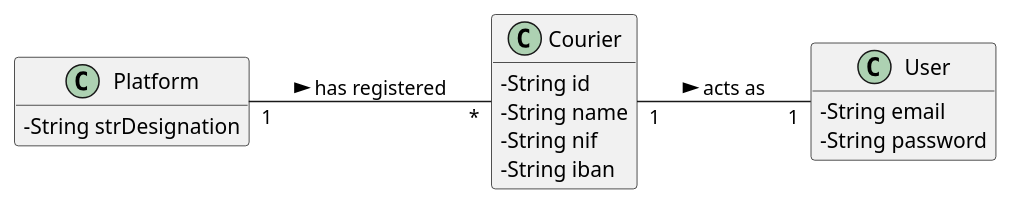
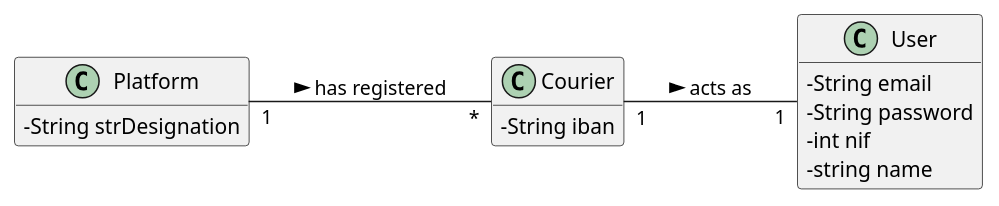
The diagram in docs/Iteration 1/Courier Management/US19_RegisterCourier/US19_DM.puml (tiagoavcosta25/LAPR3), drawn with PlantUML before and after one commit. The commit also changed 3 other files, not shown here.

```diff
--- a/docs/Iteration 1/Courier Management/US19_RegisterCourier/US19_DM.puml
+++ b/docs/Iteration 1/Courier Management/US19_RegisterCourier/US19_DM.puml
@@ -1,26 +1,24 @@
 @startuml
 skinparam classAttributeIconSize 0
 hide methods
 left to right direction
 
 class Platform {
   -String strDesignation
 }
 
 class Courier {
-      -String id
-      -String name
-      -String nif
       -String iban
 }
 
 
 class User{
   -String email
   -String password
+  -int nif
+  -string name
 }
-
 
 Platform "1" -- "*" Courier : has registered >
 Courier "1" -- "1" User: acts as  >
 @enduml
```
